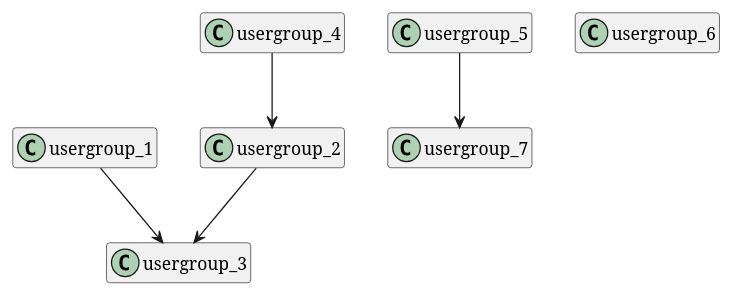
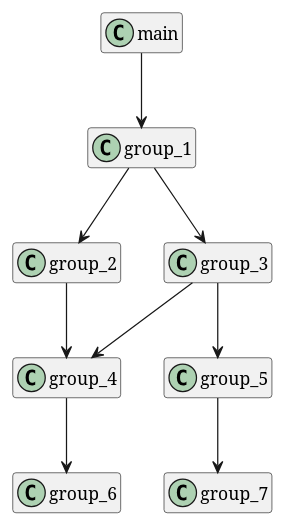
The diagram in src/BulletInBoardServer/BulletInBoardServer.Domain.TestDbFiller/usergroups-hierarchy.puml (astu-app/ASTU-Bulletin-Board-Server), drawn with PlantUML before and after one commit. The commit also changed 7 other files, not shown here.

```diff
--- a/src/BulletInBoardServer/BulletInBoardServer.Domain.TestDbFiller/usergroups-hierarchy.puml
+++ b/src/BulletInBoardServer/BulletInBoardServer.Domain.TestDbFiller/usergroups-hierarchy.puml
@@ -1,19 +1,29 @@
 @startuml
 'https://plantuml.com/class-diagram
 
 hide members
 
-class usergroup_1
-class usergroup_2
-class usergroup_3
-class usergroup_4
-class usergroup_5
-class usergroup_6
-class usergroup_7
+class main
+class group_1
+class group_2
+class group_3
+class group_4
+class group_5
+class group_6
+class group_7
 
-usergroup_1 --> usergroup_3
-usergroup_2 --> usergroup_3
-usergroup_4 --> usergroup_2
-usergroup_5 --> usergroup_7
+main --> group_1
+
+group_1 --> group_2
+group_1 --> group_3
+
+group_2 --> group_4
+
+group_3 --> group_4
+group_3 --> group_5
+
+group_4 --> group_6
+
+group_5 --> group_7
 
 @enduml
```
